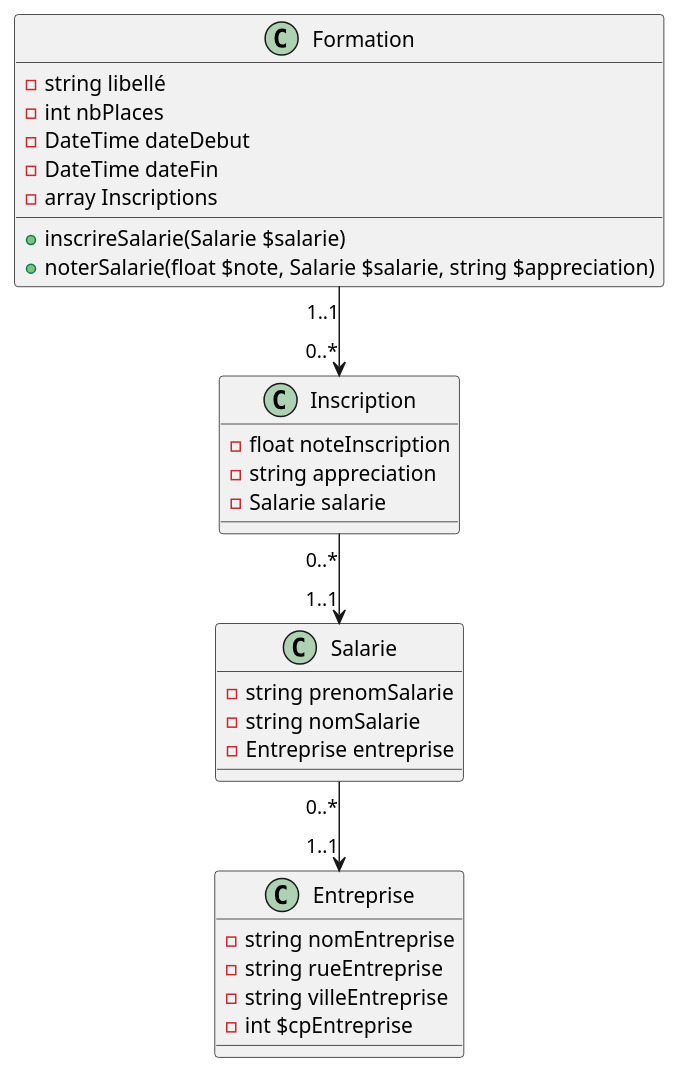
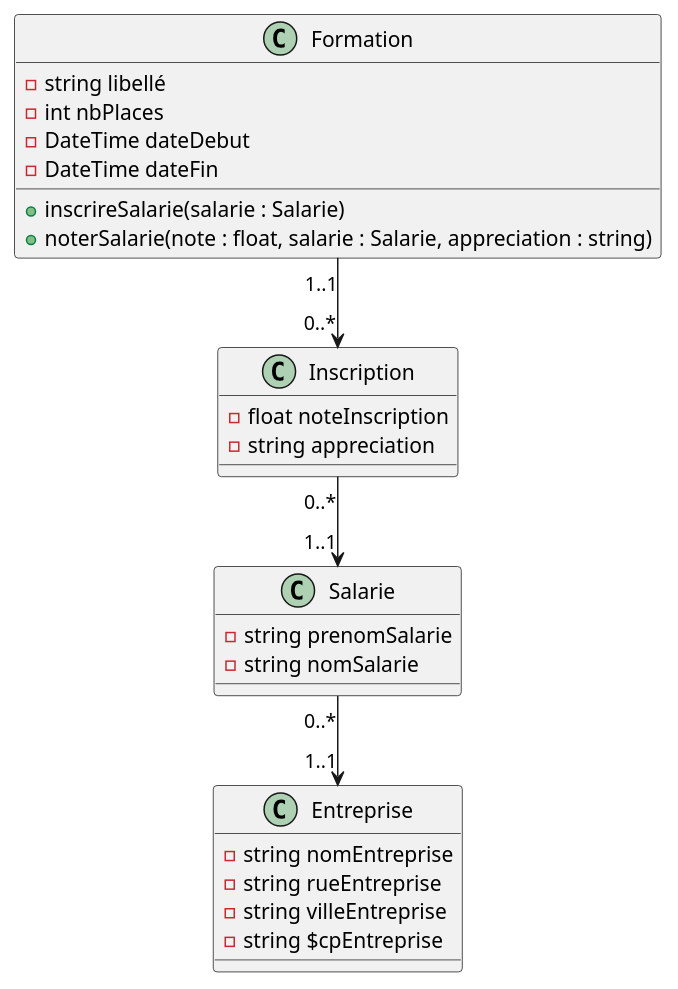
One commit to EstebanRacine/dev changed the diagram in Projets/php-poo-centre-formation/models/diagrammeFormation.puml. Above: the diagram before and after it, drawn with PlantUML. The commit also changed 8 other files, not shown here.

```diff
--- a/Projets/php-poo-centre-formation/models/diagrammeFormation.puml
+++ b/Projets/php-poo-centre-formation/models/diagrammeFormation.puml
@@ -1,40 +1,37 @@
 @startuml
 'https://plantuml.com/class-diagram
 
 class Formation{
 'ATTRIBUTS
 - string libellé
 - int nbPlaces
 - DateTime dateDebut
 - DateTime dateFin
-- array Inscriptions
 
 'METHODES
-+ inscrireSalarie(Salarie $salarie)
-+ noterSalarie(float $note, Salarie $salarie, string $appreciation)
++ inscrireSalarie(salarie : Salarie)
++ noterSalarie(note : float, salarie : Salarie, appreciation : string)
 }
 
 class Entreprise{
 - string nomEntreprise
 - string rueEntreprise
 - string villeEntreprise
-- int $cpEntreprise
+- string $cpEntreprise
 }
 
 class Salarie{
 - string prenomSalarie
 - string nomSalarie
-- Entreprise entreprise
 }
 
 class Inscription{
 - float noteInscription
 - string appreciation
-- Salarie salarie
 }
 
 Formation "1..1"-->"0..*" Inscription
 Inscription "0..*"-->"1..1" Salarie
 Salarie "0..*"-->"1..1" Entreprise
 
 @enduml
```
